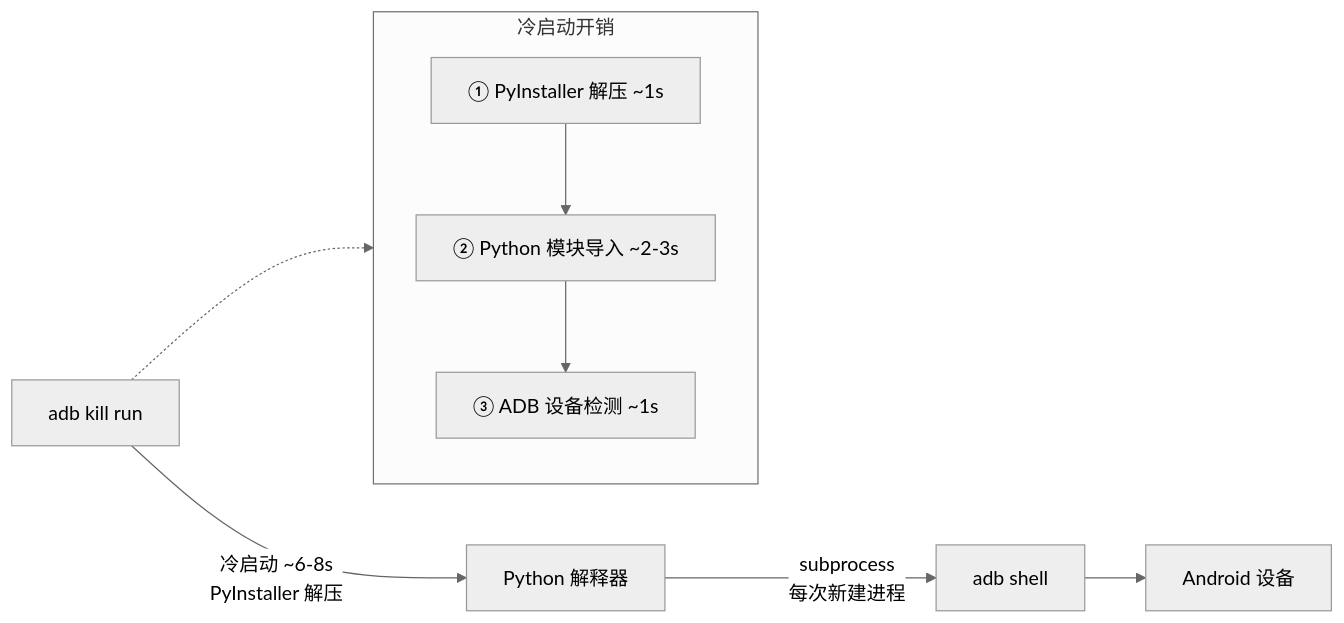
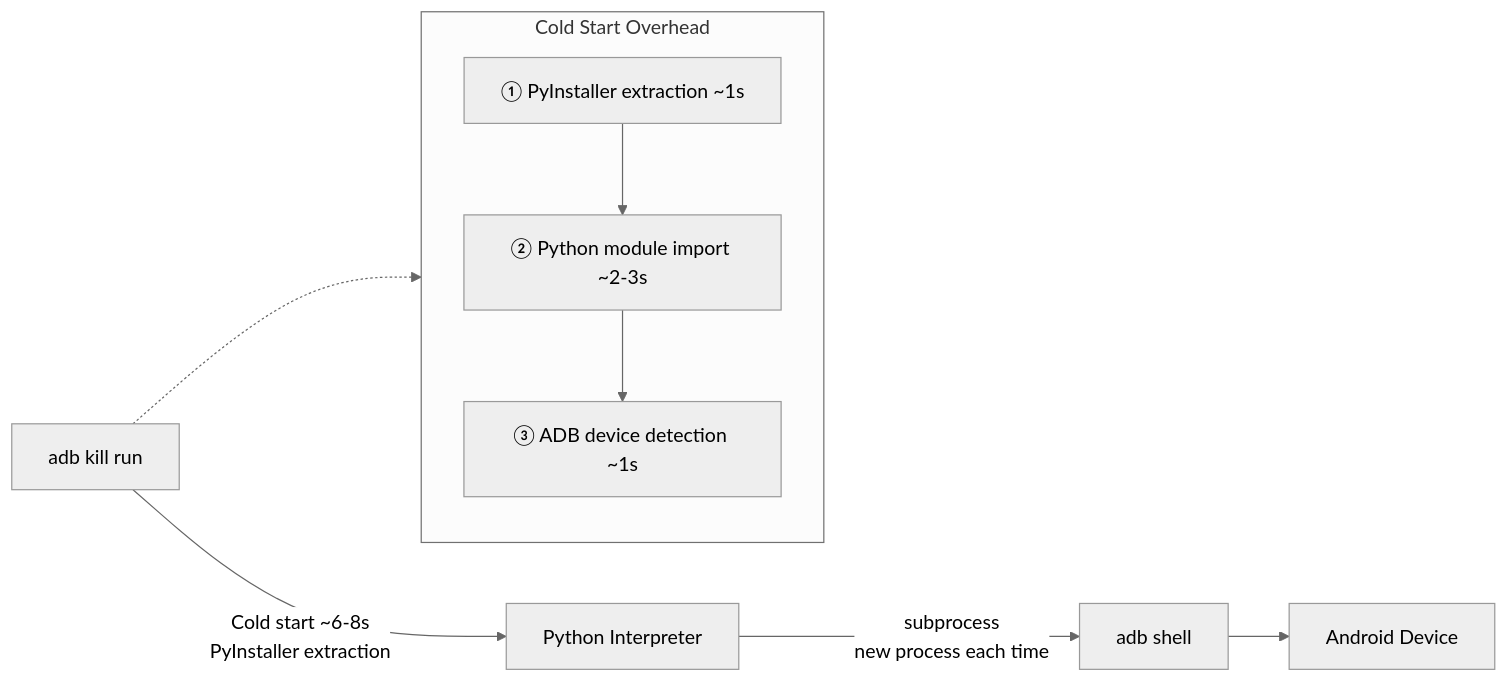
The third of 10 diagrams in docs/phonefast.md (gezihua123/phonefast), drawn with Mermaid (neutral theme) before and after one commit. The commit also changed other lines of this file and 11 other files, not shown here.

````diff
--- a/docs/phonefast.md
+++ b/docs/phonefast.md
@@ -98,16 +94,16 @@
 ```mermaid
 flowchart LR
-    CLI[adb kill run] -->|" 冷启动 ~6-8s\nPyInstaller 解压"| PY[Python 解释器]
-    PY -->|" subprocess\n每次新建进程"| ADB[adb shell]
-    ADB --> DEVICE[Android 设备]
+    CLI[adb kill run] -->|" Cold start ~6-8s\nPyInstaller extraction"| PY[Python Interpreter]
+    PY -->|" subprocess\nnew process each time"| ADB[adb shell]
+    ADB --> DEVICE[Android Device]
 
-    subgraph COLD_START[冷启动开销]
+    subgraph COLD_START[Cold Start Overhead]
         direction TB
-        UNPACK["① PyInstaller 解压 ~1s"]
-        IMPORT["② Python 模块导入 ~2-3s"]
-        DETECT["③ ADB 设备检测 ~1s"]
+        UNPACK["① PyInstaller extraction ~1s"]
+        IMPORT["② Python module import ~2-3s"]
+        DETECT["③ ADB device detection ~1s"]
         UNPACK --> IMPORT --> DETECT
     end
 
     CLI -.-> COLD_START
 ```
````
